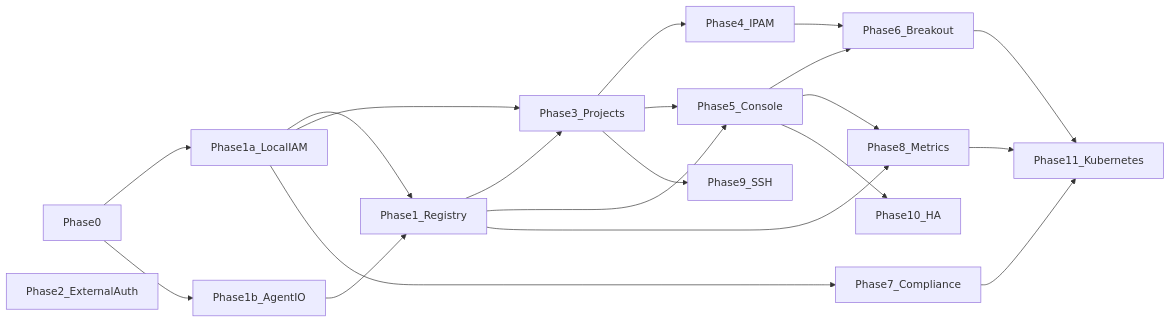
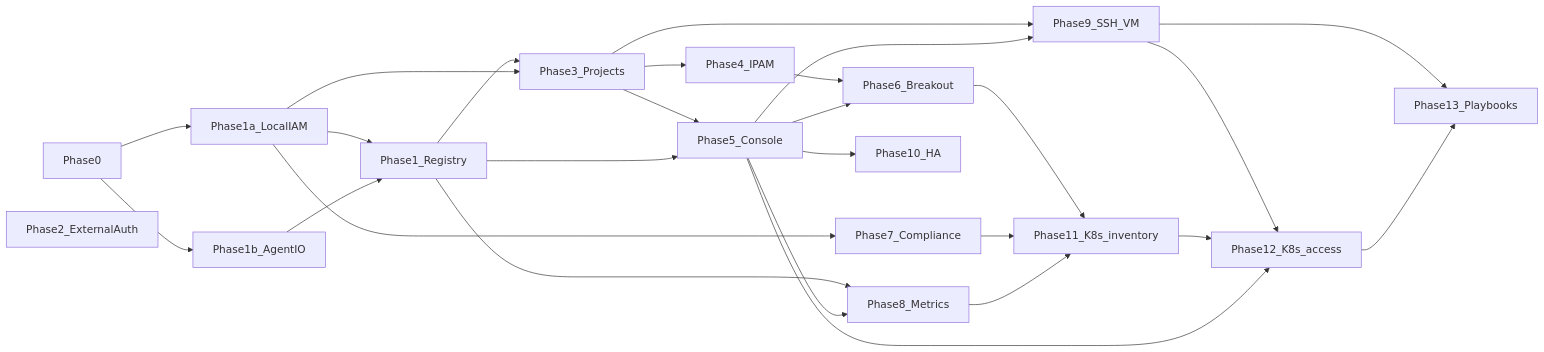
The fifth of 5 diagrams in docs/PHASED_PLAN.md (imrekaposi-elastic/huygens), drawn with Mermaid before and after one commit. The commit also changed other lines of this file and 6 other files, not shown here.

````diff
--- a/docs/PHASED_PLAN.md
+++ b/docs/PHASED_PLAN.md
@@ -447,30 +470,36 @@
 ```mermaid
 flowchart LR
   P0[Phase0]
   P1a[Phase1a_LocalIAM]
   P1b[Phase1b_AgentIO]
   P1[Phase1_Registry]
   P2[Phase2_ExternalAuth]
   P3[Phase3_Projects]
   P4[Phase4_IPAM]
   P5[Phase5_Console]
   P0 --> P1a
   P0 --> P1b
   P1a --> P1
   P1b --> P1
   P1 --> P3
   P1a --> P3
   P3 --> P4
   P3 --> P5
   P1 --> P5
   P4 --> P6[Phase6_Breakout]
   P5 --> P6
   P1a --> P7[Phase7_Compliance]
   P1 --> P8[Phase8_Metrics]
   P5 --> P8
-  P3 --> P9[Phase9_SSH]
+  P3 --> P9[Phase9_SSH_VM]
+  P5 --> P9
   P5 --> P10[Phase10_HA]
-  P6 --> P11[Phase11_Kubernetes]
+  P6 --> P11[Phase11_K8s_inventory]
   P7 --> P11
   P8 --> P11
+  P9 --> P12[Phase12_K8s_access]
+  P11 --> P12
+  P5 --> P12
+  P9 --> P13[Phase13_Playbooks]
+  P12 --> P13
 ```
````
